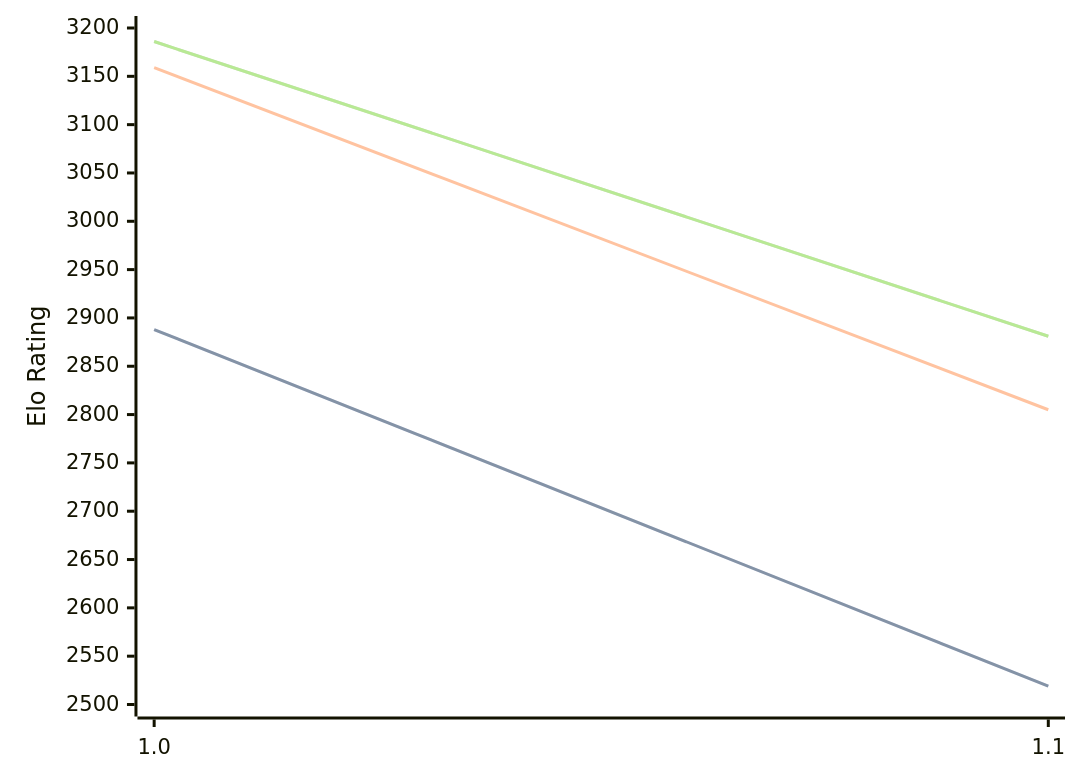
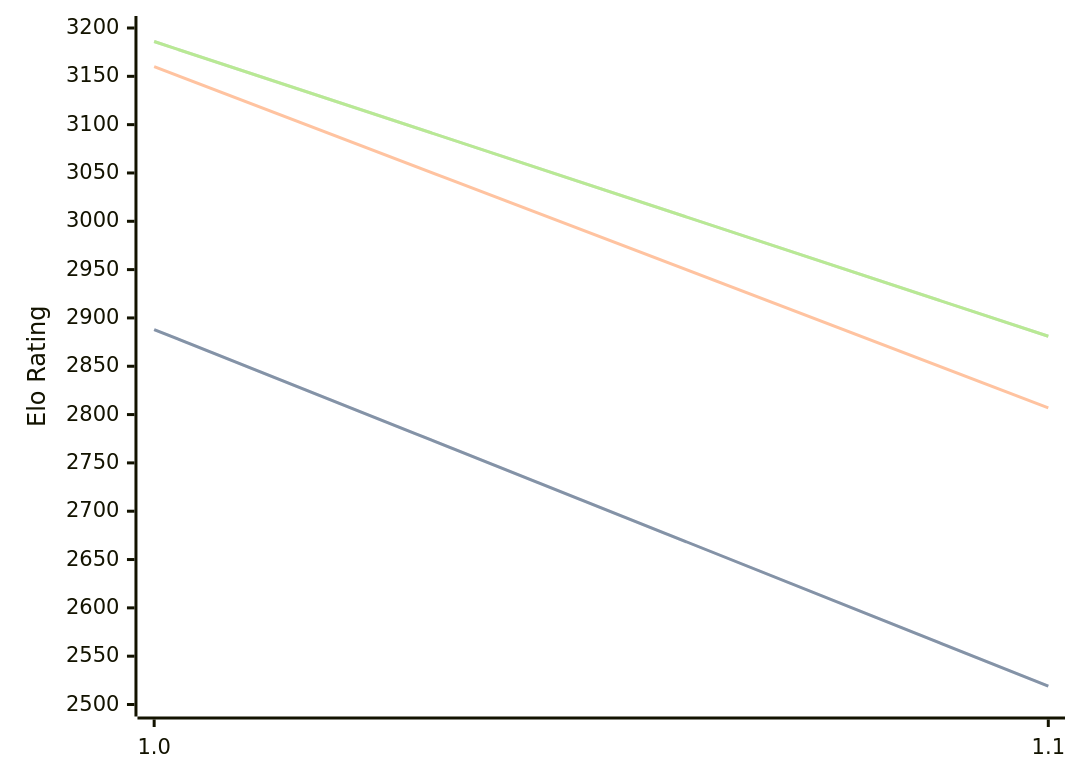
Before and after one commit to computer-chess-index/cci: the diagram in engines/Publius.md, drawn with Mermaid. The commit also changed other lines of this file, not shown here.

````diff
--- a/engines/Publius.md
+++ b/engines/Publius.md
@@ -32,11 +32,11 @@
 ```mermaid
 %%{init: {"theme":"base","themeVariables":{"seriesColors:['#a3a3a3','#222221','#faa371']}}}%%
 xychart-beta
   x-axis ["1.0", "1.1"]
   y-axis "Elo Rating" 2500 --> 3200
   line "STC (8.0+0.08s)" [2888, 2519]
   line "STC (8.0+0.08s)" [2888, 2519]
-  line "LTC (60.0+0.60s)" [3159, 2805]
+  line "LTC (60.0+0.60s)" [3160, 2807]
   line "VLTC (2m24s+1.12s)" [3186, 2881]
   line "VLTC (2m24s+1.12s)" [3186, 2881]
 ```
````
